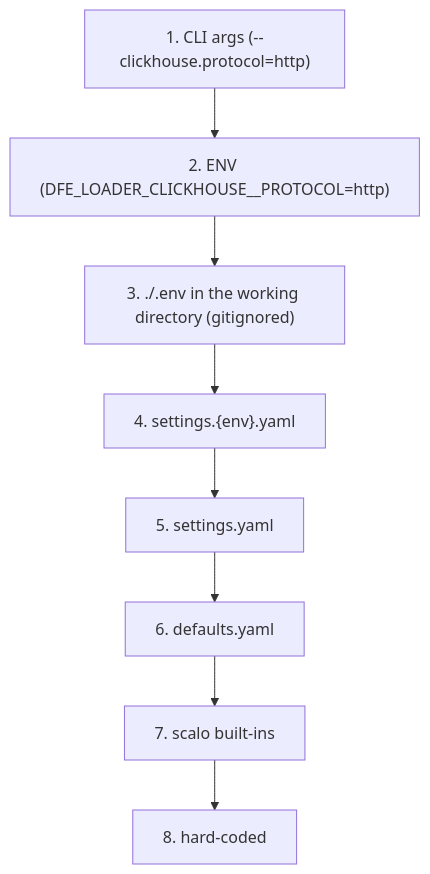
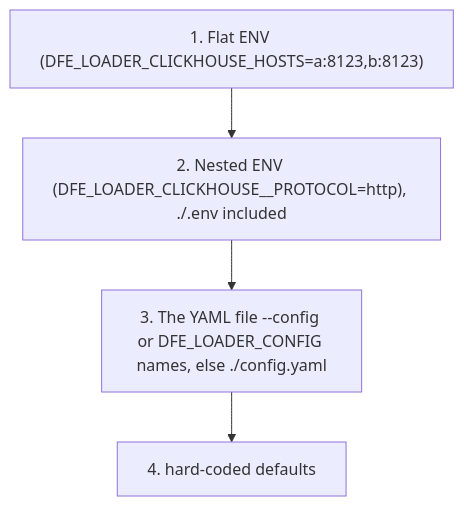
Before and after one commit to hyperi-io/dfe-loader: the diagram in docs/CONFIGURATION.md, drawn with Mermaid. The commit also changed other lines of this file and 3 other files, not shown here.

````diff
--- a/docs/CONFIGURATION.md
+++ b/docs/CONFIGURATION.md
@@ -16,12 +15,8 @@
 ```mermaid
 flowchart TB
-    CLI["1. CLI args (--clickhouse.protocol=http)"]
-    ENV["2. ENV (DFE_LOADER_CLICKHOUSE__PROTOCOL=http)"]
-    DOTENV["3. ./.env in the working directory (gitignored)"]
-    ENVYAML["4. settings.{env}.yaml"]
-    YAML["5. settings.yaml"]
-    DEF["6. defaults.yaml"]
-    LIB["7. scalo built-ins"]
-    HARD["8. hard-coded"]
-    CLI --> ENV --> DOTENV --> ENVYAML --> YAML --> DEF --> LIB --> HARD
+    FLAT["1. Flat ENV (DFE_LOADER_CLICKHOUSE_HOSTS=a:8123,b:8123)"]
+    ENV["2. Nested ENV (DFE_LOADER_CLICKHOUSE__PROTOCOL=http), ./.env included"]
+    YAML["3. The YAML file --config or DFE_LOADER_CONFIG names, else ./config.yaml"]
+    HARD["4. hard-coded defaults"]
+    FLAT --> ENV --> YAML --> HARD
 ```
````
